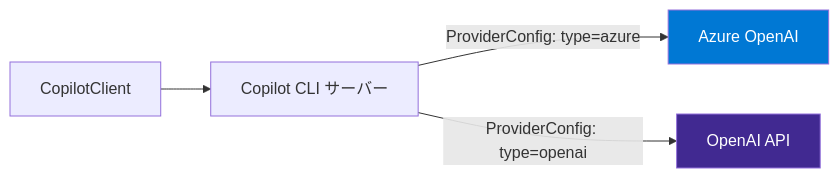
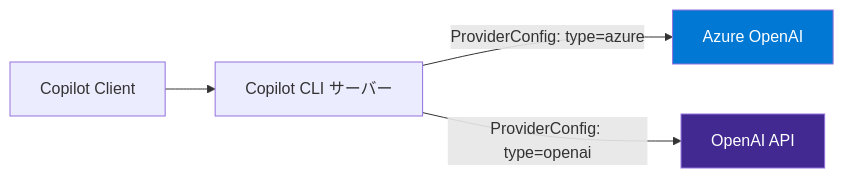
One commit to ks6088ts/template-github-copilot changed the third of 3 diagrams in docs/copilot_sdk_tutorial/architecture.ja.md. Above: the diagram before and after it, drawn with Mermaid. The commit also changed other lines of this file and 40 other files, not shown here.

First line of the commit message:
Refactor Copilot SDK tutorial documentation and Go implementation

````diff
--- a/docs/copilot_sdk_tutorial/architecture.ja.md
+++ b/docs/copilot_sdk_tutorial/architecture.ja.md
@@ -134,9 +115,9 @@
 ```mermaid
 graph LR
-    SDK[CopilotClient] --> CLI[Copilot CLI サーバー]
+    SDK[Copilot Client] --> CLI[Copilot CLI サーバー]
     CLI -->|ProviderConfig: type=azure| AOAI[Azure OpenAI]
     CLI -->|ProviderConfig: type=openai| OAI[OpenAI API]
 
     style AOAI fill:#0078d4,color:#fff
     style OAI fill:#412991,color:#fff
 ```
````
